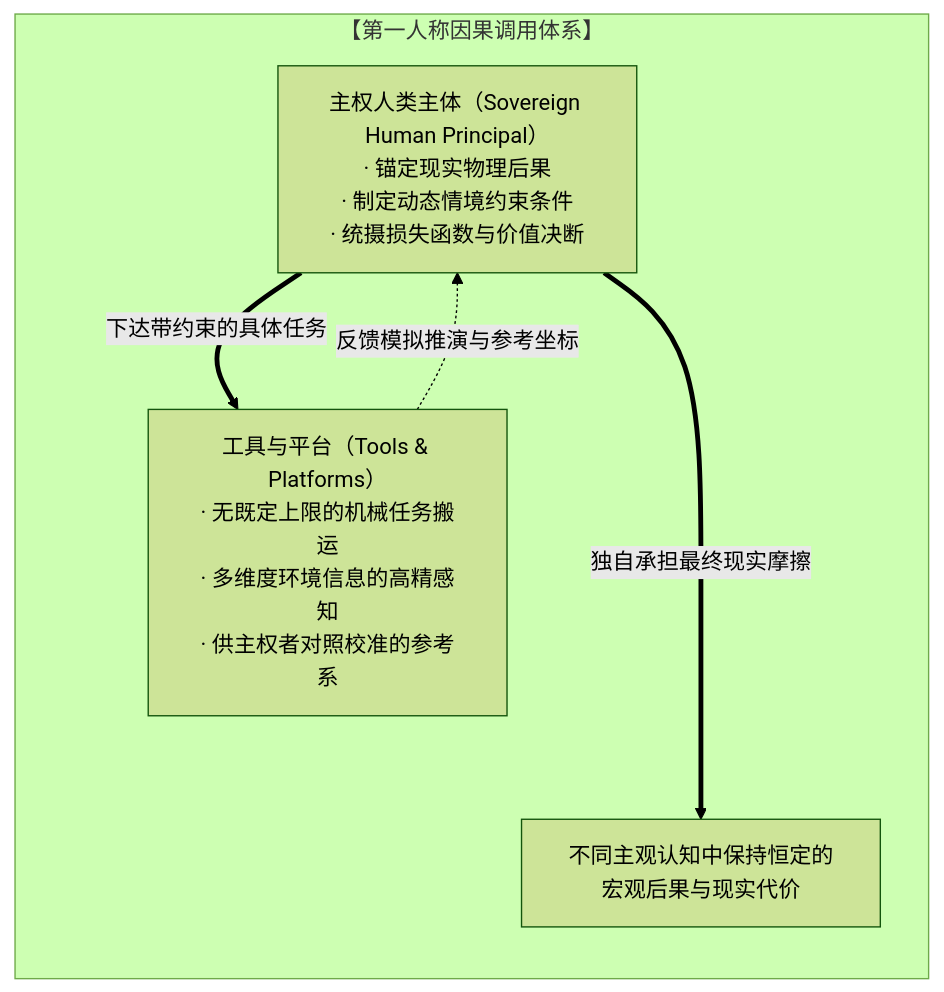
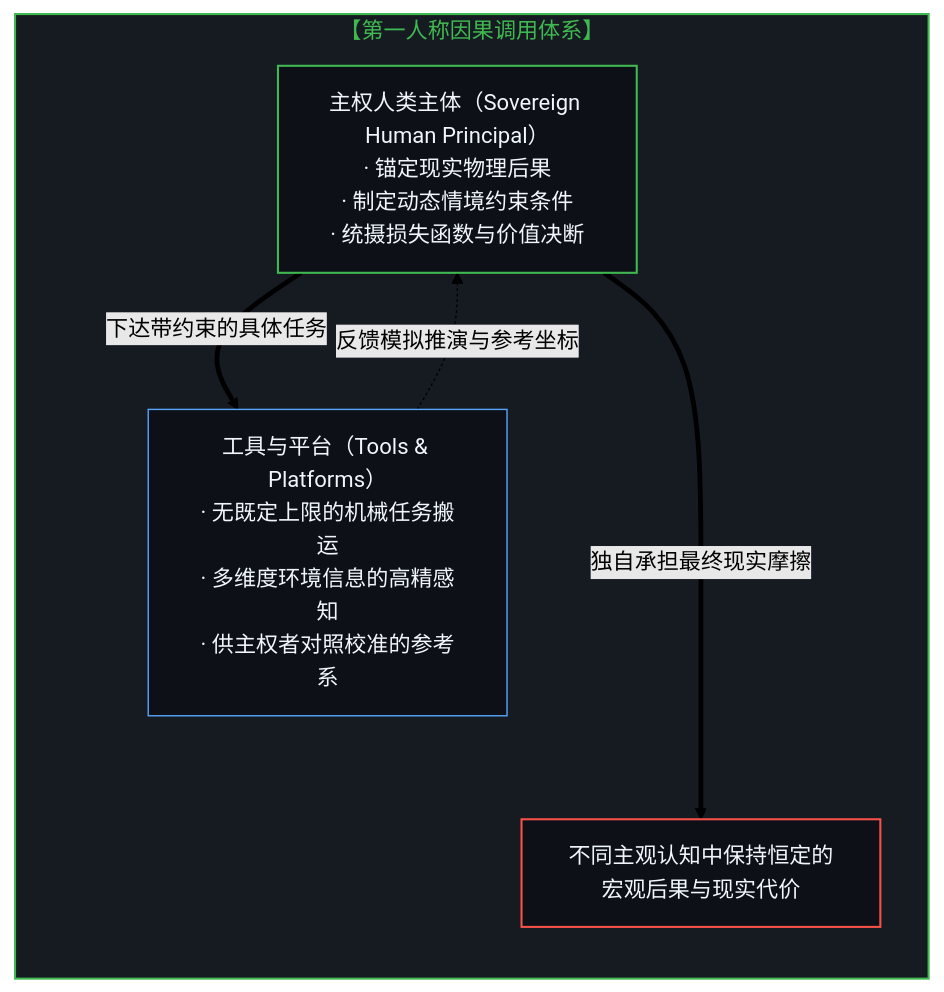
One commit to powerpig99/not-a-toe changed diagram 11 of 12 in content/posts/the-delegation-of-the-task-and-the-inalienability-of-consequences.md. Above: the diagram before and after it, drawn with Mermaid (forest theme). The commit also changed other lines of this file and 4 other files, not shown here.

Commit message:
Align Post 328 diagrams with historical dark theme, purge physical will inversion, and archive specifications

````diff
--- a/content/posts/the-delegation-of-the-task-and-the-inalienability-of-consequences.md
+++ b/content/posts/the-delegation-of-the-task-and-the-inalienability-of-consequences.md
@@ -309,11 +395,16 @@
 ```mermaid
 graph TD
     subgraph Causal_Hierarchy["【第一人称因果调用体系】"]
         direction TB
         H["主权人类主体（Sovereign Human Principal）<br/>· 锚定现实物理后果<br/>· 制定动态情境约束条件<br/>· 统摄损失函数与价值决断"]
         T["工具与平台（Tools & Platforms）<br/>· 无既定上限的机械任务搬运<br/>· 多维度环境信息的高精感知<br/>· 供主权者对照校准的参考系"]
         H ==>|"下达带约束的具体任务"| T
         T -.->|"反馈模拟推演与参考坐标"| H
         H ===>|"独自承担最终现实摩擦"| R["不同主观认知中保持恒定的宏观后果与现实代价"]
     end
+
+    style Causal_Hierarchy fill:#161b22,stroke:#3fb950,stroke-width:1.5px,color:#3fb950
+    style H fill:#0d1117,stroke:#3fb950,stroke-width:1.5px,color:#f0f6fc
+    style T fill:#0d1117,stroke:#58a6ff,stroke-width:1px,color:#f0f6fc
+    style R fill:#0d1117,stroke:#f85149,stroke-width:1.5px,color:#f0f6fc
 ```
````
